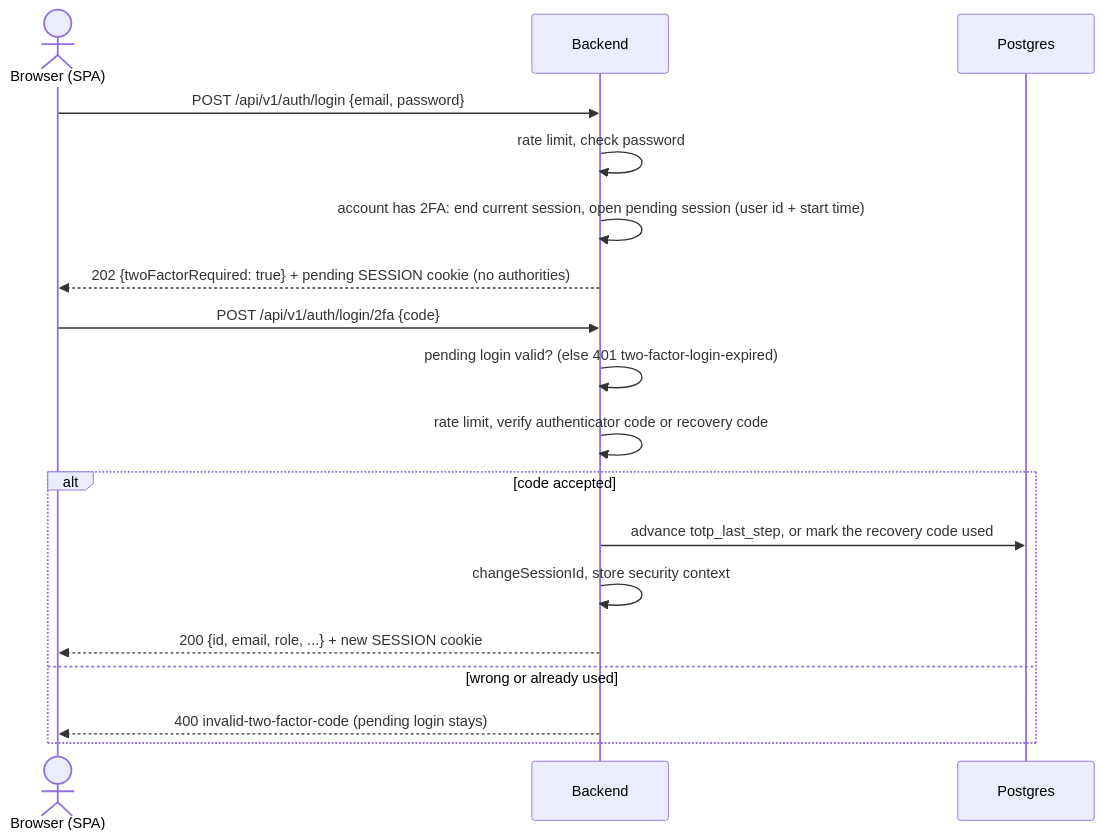
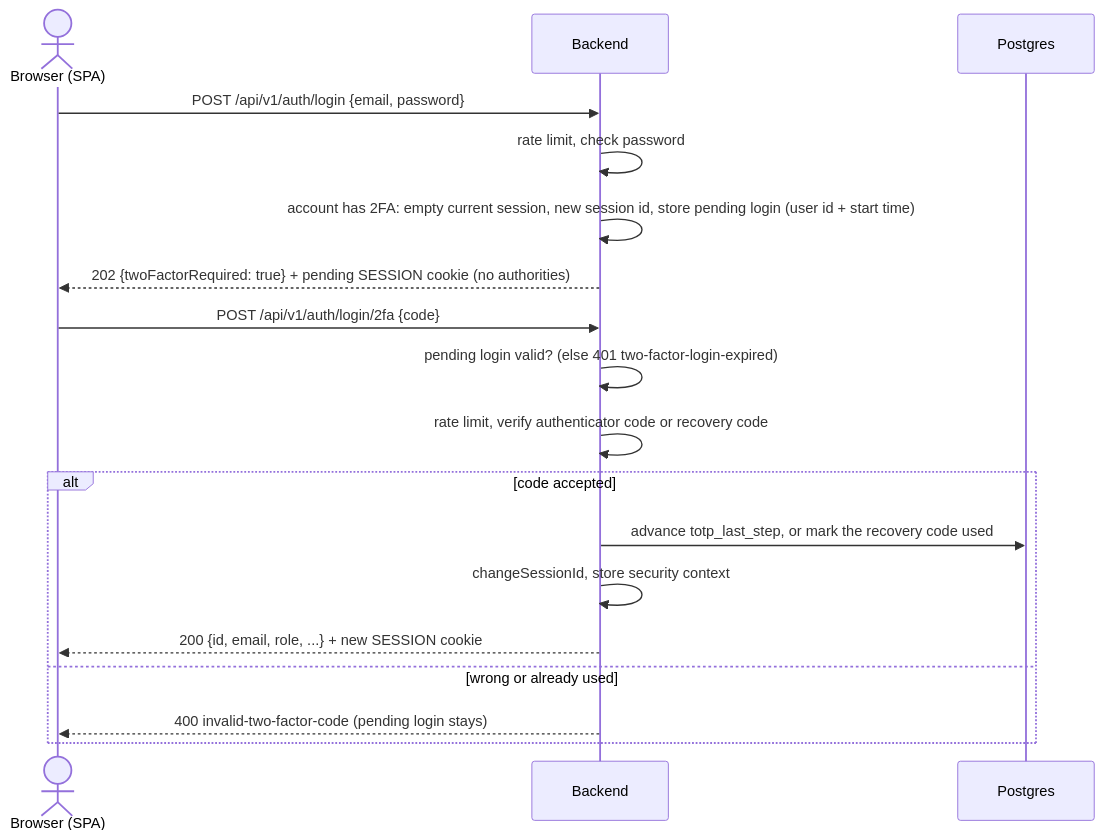
Before and after one commit to makeitfine-org/phrasal: the second of 4 diagrams in docs/diagrams/two-factor-flow.md, drawn with Mermaid. The commit also changed 13 other files, not shown here.

Commit message:
feat(backend): run Google sign-in end to end; fix the pending 2FA session

````diff
--- a/docs/diagrams/two-factor-flow.md
+++ b/docs/diagrams/two-factor-flow.md
@@ -30,21 +30,21 @@
 ```mermaid
 sequenceDiagram
     actor U as Browser (SPA)
     participant B as Backend
     participant DB as Postgres
 
     U->>B: POST /api/v1/auth/login {email, password}
     B->>B: rate limit, check password
-    B->>B: account has 2FA: end current session, open pending session (user id + start time)
+    B->>B: account has 2FA: empty current session, new session id, store pending login (user id + start time)
     B-->>U: 202 {twoFactorRequired: true} + pending SESSION cookie (no authorities)
     U->>B: POST /api/v1/auth/login/2fa {code}
     B->>B: pending login valid? (else 401 two-factor-login-expired)
     B->>B: rate limit, verify authenticator code or recovery code
     alt code accepted
         B->>DB: advance totp_last_step, or mark the recovery code used
         B->>B: changeSessionId, store security context
         B-->>U: 200 {id, email, role, ...} + new SESSION cookie
     else wrong or already used
         B-->>U: 400 invalid-two-factor-code (pending login stays)
     end
 ```
````
